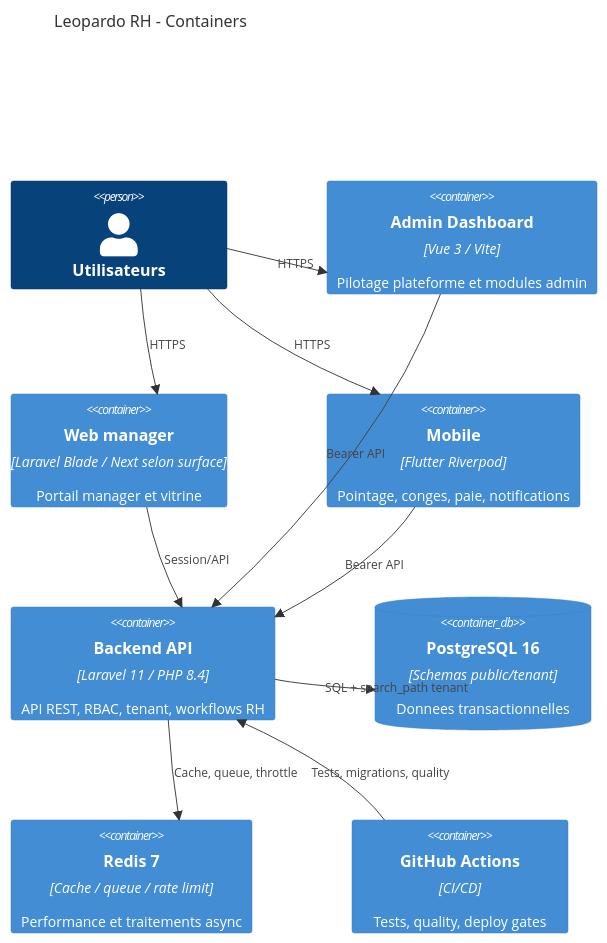
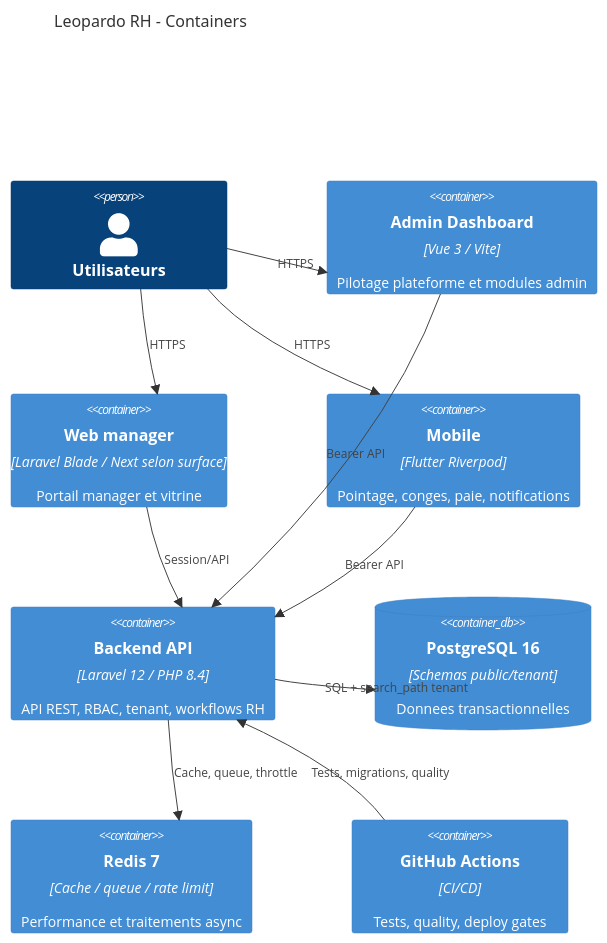
The second of 3 diagrams in docs/architecture/C4_ARCHITECTURE.md (kitokoh/leopardo-hr), drawn with Mermaid before and after one commit. The commit also changed 22 other files, not shown here.

````diff
--- a/docs/architecture/C4_ARCHITECTURE.md
+++ b/docs/architecture/C4_ARCHITECTURE.md
@@ -27,21 +27,21 @@
 ```mermaid
 C4Container
     title Leopardo RH - Containers
     Person(user, "Utilisateurs")
     Container(admin, "Admin Dashboard", "Vue 3 / Vite", "Pilotage plateforme et modules admin")
     Container(web, "Web manager", "Laravel Blade / Next selon surface", "Portail manager et vitrine")
     Container(mobile, "Mobile", "Flutter Riverpod", "Pointage, conges, paie, notifications")
-    Container(api, "Backend API", "Laravel 11 / PHP 8.4", "API REST, RBAC, tenant, workflows RH")
+    Container(api, "Backend API", "Laravel 12 / PHP 8.4", "API REST, RBAC, tenant, workflows RH")
     ContainerDb(pg, "PostgreSQL 16", "Schemas public/tenant", "Donnees transactionnelles")
     Container(redis, "Redis 7", "Cache / queue / rate limit", "Performance et traitements async")
     Container(ci, "GitHub Actions", "CI/CD", "Tests, quality, deploy gates")
     Rel(user, admin, "HTTPS")
     Rel(user, web, "HTTPS")
     Rel(user, mobile, "HTTPS")
     Rel(admin, api, "Bearer API")
     Rel(web, api, "Session/API")
     Rel(mobile, api, "Bearer API")
     Rel(api, pg, "SQL + search_path tenant")
     Rel(api, redis, "Cache, queue, throttle")
     Rel(ci, api, "Tests, migrations, quality")
 ```
````
